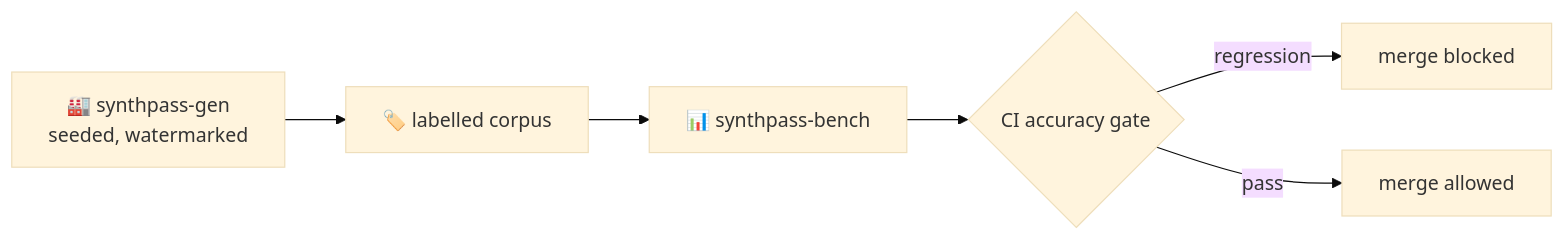
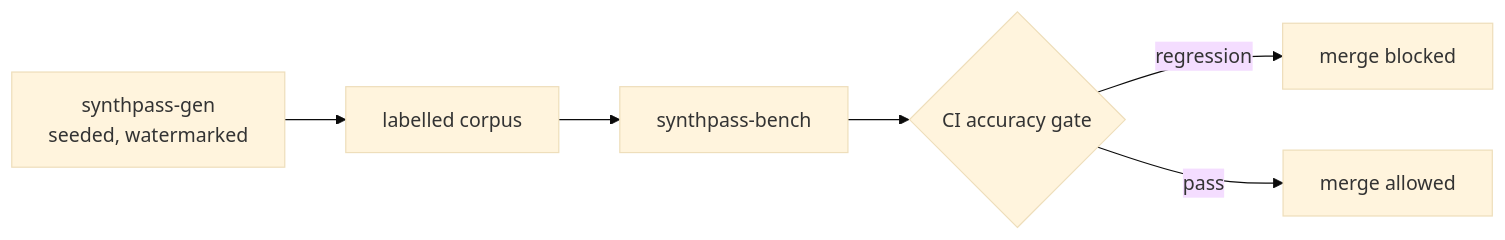
Before and after one commit to ruledicaprio/SynthPass: the second of 3 diagrams in README.md, drawn with Mermaid (base theme). The commit also changed other lines of this file, not shown here.

````diff
--- a/README.md
+++ b/README.md
@@ -249,8 +194,8 @@
 ```mermaid
 flowchart LR
-    GEN["🏭 synthpass-gen<br/>seeded, watermarked"] --> CORPUS["🏷️ labelled corpus"]
-    CORPUS --> BENCH["📊 synthpass-bench"]
+    GEN["synthpass-gen<br/>seeded, watermarked"] --> CORPUS["labelled corpus"]
+    CORPUS --> BENCH["synthpass-bench"]
     BENCH --> GATE{"CI accuracy gate"}
     GATE -->|"regression"| BLOCK["merge blocked"]
     GATE -->|"pass"| MERGE["merge allowed"]
 ```
````
